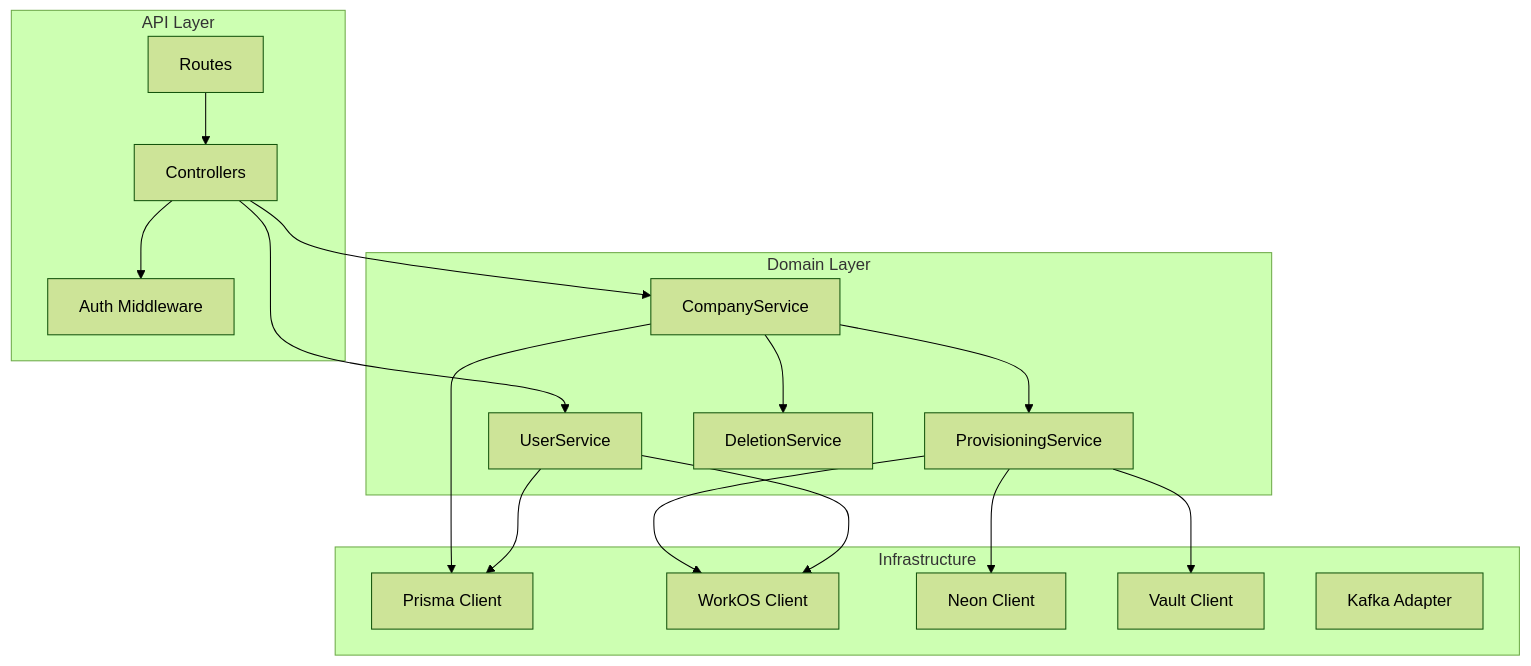
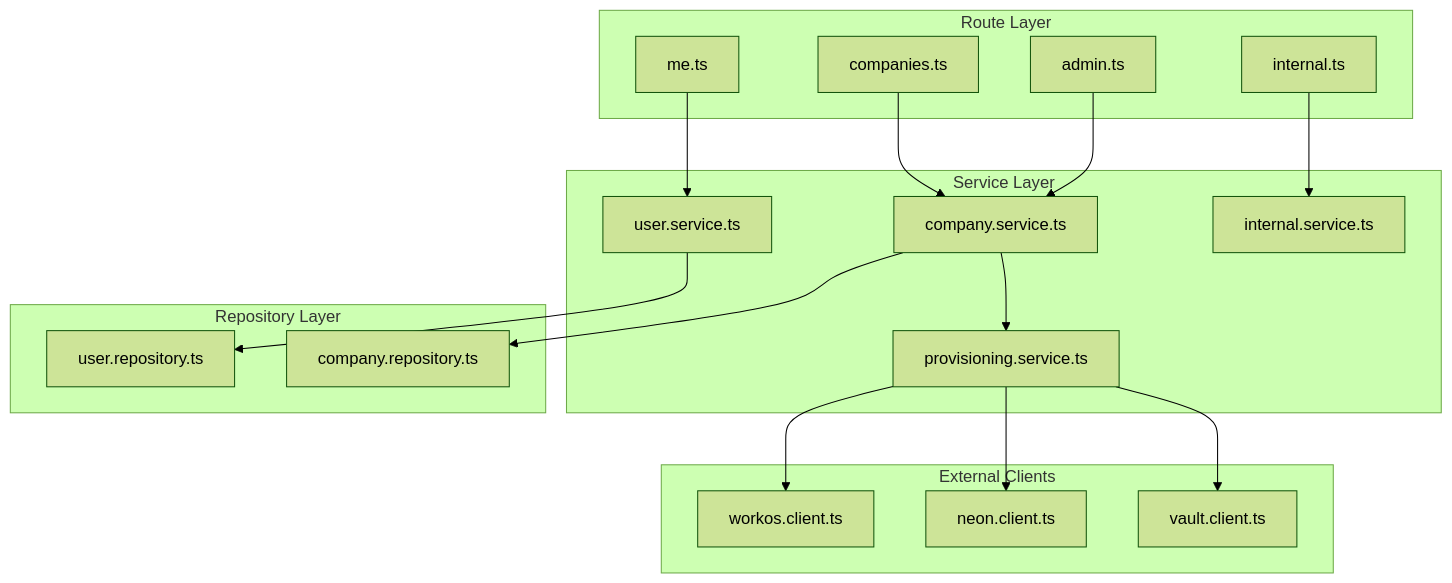
One commit to GetClamo/docs changed the first of 2 diagrams in en/services/clamo-tenant.mdx. Above: the diagram before and after it, drawn with Mermaid (forest theme). The commit also changed other lines of this file and 10 other files, not shown here.

First line of the commit message:
docs: update ask-clamo documentation to reflect unified architecture and profile integration

````diff
--- a/en/services/clamo-tenant.mdx
+++ b/en/services/clamo-tenant.mdx
@@ -31,36 +33,40 @@
 ```mermaid
 flowchart TB
-    subgraph API [API Layer]
-        Routes[Routes]
-        Controllers[Controllers]
-        Middleware[Auth Middleware]
+    subgraph Routes [Route Layer]
+        MeRoute[me.ts]
+        CompaniesRoute[companies.ts]
+        AdminRoute[admin.ts]
+        InternalRoute[internal.ts]
     end
     
-    subgraph Domain [Domain Layer]
-        CompanyService[CompanyService]
-        UserService[UserService]
-        ProvisioningService[ProvisioningService]
-        DeletionService[DeletionService]
+    subgraph Services [Service Layer]
+        UserService[user.service.ts]
+        CompanyService[company.service.ts]
+        ProvisioningService[provisioning.service.ts]
+        InternalService[internal.service.ts]
     end
     
-    subgraph Infrastructure [Infrastructure]
-        Prisma[Prisma Client]
-        WorkOS[WorkOS Client]
-        Neon[Neon Client]
-        Vault[Vault Client]
-        Kafka[Kafka Adapter]
+    subgraph Repositories [Repository Layer]
+        UserRepo[user.repository.ts]
+        CompanyRepo[company.repository.ts]
     end
     
-    Routes --> Controllers
-    Controllers --> Middleware
-    Controllers --> CompanyService
-    Controllers --> UserService
+    subgraph Clients [External Clients]
+        WorkOS[workos.client.ts]
+        Neon[neon.client.ts]
+        Vault[vault.client.ts]
+    end
+    
+    MeRoute --> UserService
+    CompaniesRoute --> CompanyService
+    AdminRoute --> CompanyService
+    InternalRoute --> InternalService
+    
     CompanyService --> ProvisioningService
-    CompanyService --> DeletionService
     ProvisioningService --> Neon
     ProvisioningService --> Vault
     ProvisioningService --> WorkOS
-    CompanyService --> Prisma
-    UserService --> Prisma
-    UserService --> WorkOS
+    
+    UserService --> UserRepo
+    CompanyService --> CompanyRepo
 ```
````
